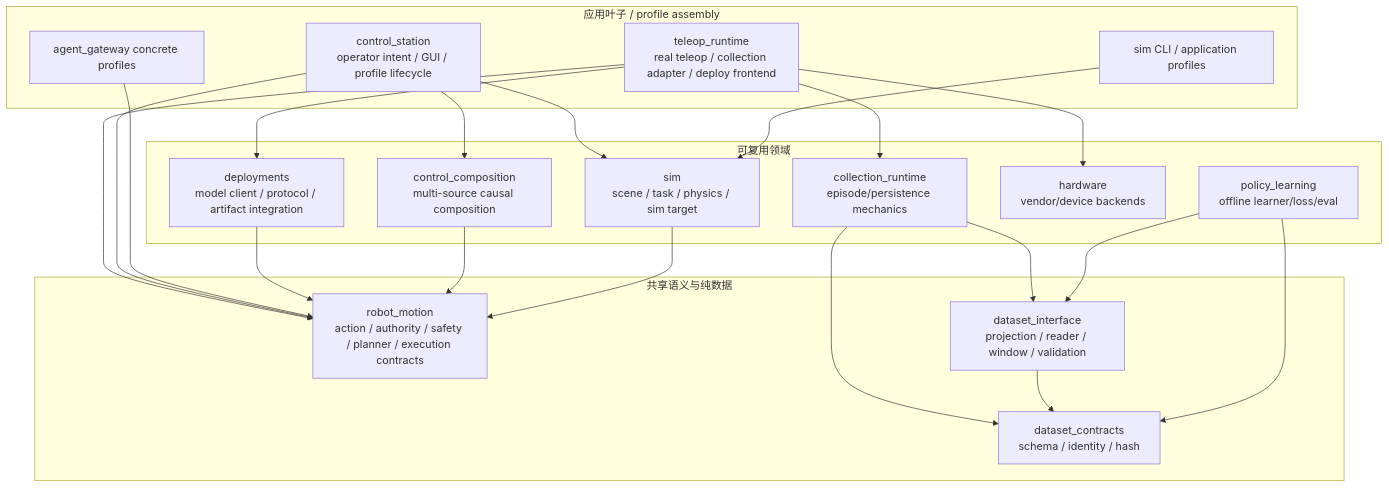
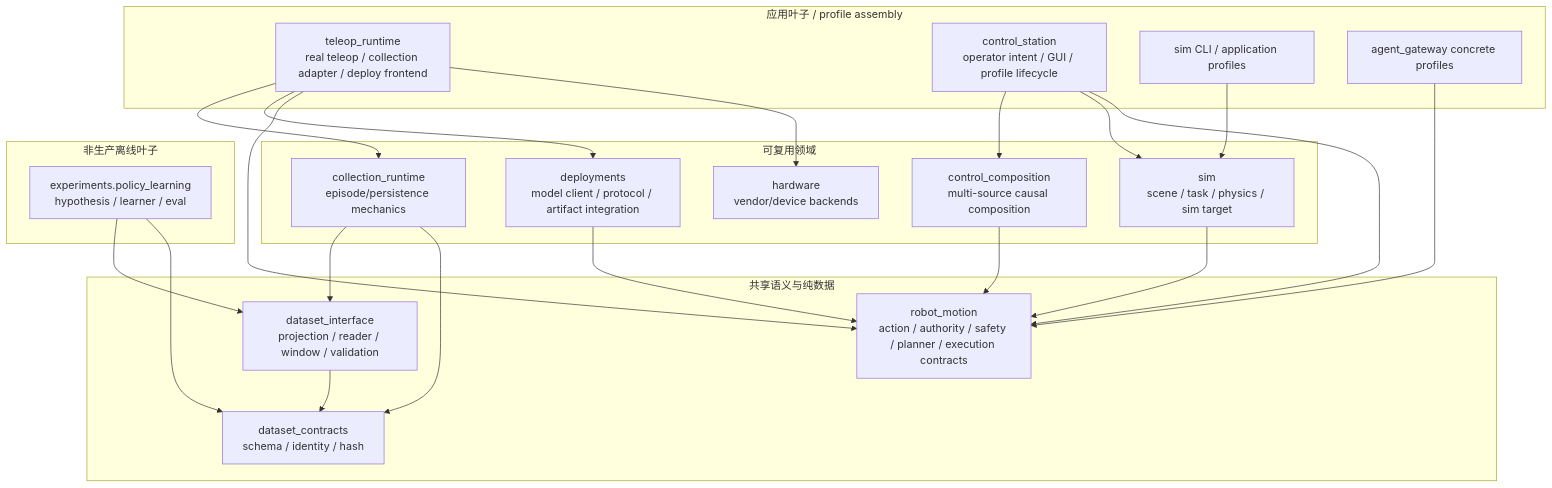
One commit to xiaopangxiexyg/AgenticRobot changed the first of 9 diagrams in docs/architecture/dexteleop_architecture_visual_guide.md. Above: the diagram before and after it, drawn with Mermaid. The commit also changed other lines of this file and 34 other files, not shown here.

Commit message:
refactor(experiments): establish policy learning boundary

````diff
--- a/docs/architecture/dexteleop_architecture_visual_guide.md
+++ b/docs/architecture/dexteleop_architecture_visual_guide.md
@@ -20,42 +20,45 @@
 ```mermaid
 flowchart TB
     subgraph Apps["应用叶子 / profile assembly"]
         TR["teleop_runtime<br/>real teleop / collection adapter / deploy frontend"]
         CS["control_station<br/>operator intent / GUI / profile lifecycle"]
         CLI["sim CLI / application profiles"]
         AGP["agent_gateway concrete profiles"]
     end
 
     subgraph Domains["可复用领域"]
         CR["collection_runtime<br/>episode/persistence mechanics"]
         DEP["deployments<br/>model client / protocol / artifact integration"]
         CC["control_composition<br/>multi-source causal composition"]
         SIM["sim<br/>scene / task / physics / sim target"]
         HW["hardware<br/>vendor/device backends"]
-        PL["policy_learning<br/>offline learner/loss/eval"]
+    end
+
+    subgraph Offline["非生产离线叶子"]
+        PL["experiments.policy_learning<br/>hypothesis / learner / eval"]
     end
 
     subgraph Shared["共享语义与纯数据"]
         RM["robot_motion<br/>action / authority / safety / planner / execution contracts"]
         DI["dataset_interface<br/>projection / reader / window / validation"]
         DC["dataset_contracts<br/>schema / identity / hash"]
     end
 
     TR --> CR
     TR --> DEP
     TR --> RM
     TR --> HW
     CS --> CC
     CS --> SIM
     CS --> RM
     CLI --> SIM
     AGP --> RM
     DEP --> RM
     CC --> RM
     SIM --> RM
     CR --> DI
     CR --> DC
     DI --> DC
     PL --> DI
     PL --> DC
 ```
````
